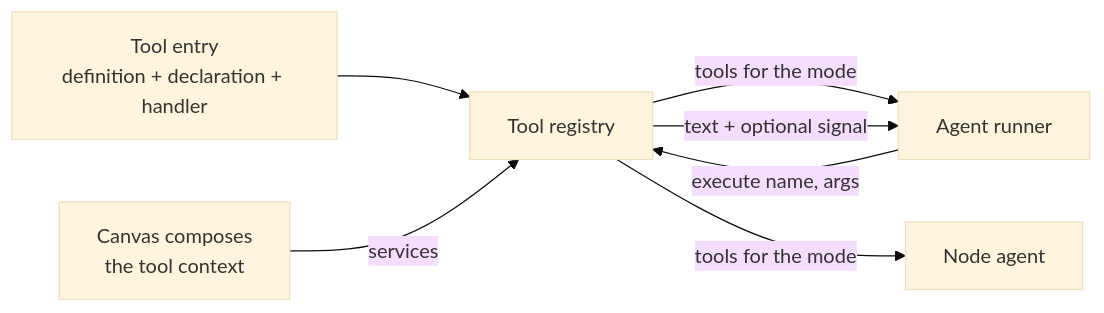
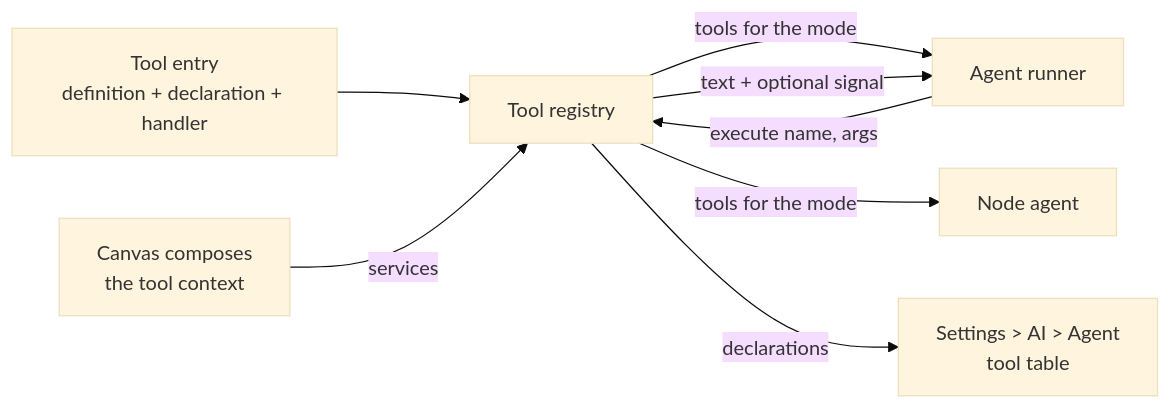
The third of 4 diagrams in docs/content/AGENT_ARCHITECTURE.md (sorenwacker/nodus), drawn with Mermaid (base theme) before and after one commit. The commit also changed other lines of this file and 1 other file, not shown here.

Commit message:
Specify the AI settings sections and an Agent section that reads the tool declarations

````diff
--- a/docs/content/AGENT_ARCHITECTURE.md
+++ b/docs/content/AGENT_ARCHITECTURE.md
@@ -124,9 +124,10 @@
 ```mermaid
 flowchart LR
     Def[Tool entry<br/>definition + declaration + handler] --> Reg[Tool registry]
     Reg -->|tools for the mode| Runner[Agent runner]
     Reg -->|tools for the mode| NodeAgent[Node agent]
+    Reg -->|declarations| Settings[Settings > AI > Agent<br/>tool table]
     Compose[Canvas composes<br/>the tool context] -->|services| Reg
     Runner -->|execute name, args| Reg
     Reg -->|text + optional signal| Runner
 ```
````
